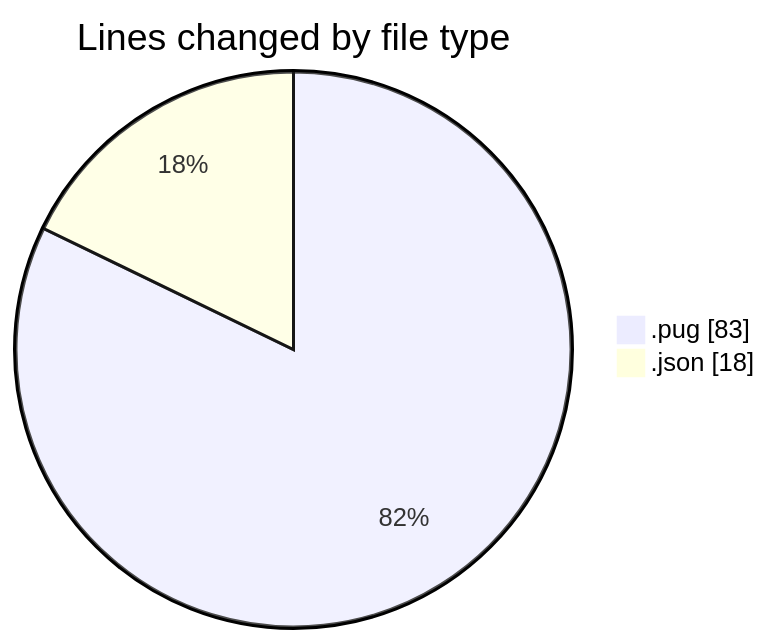
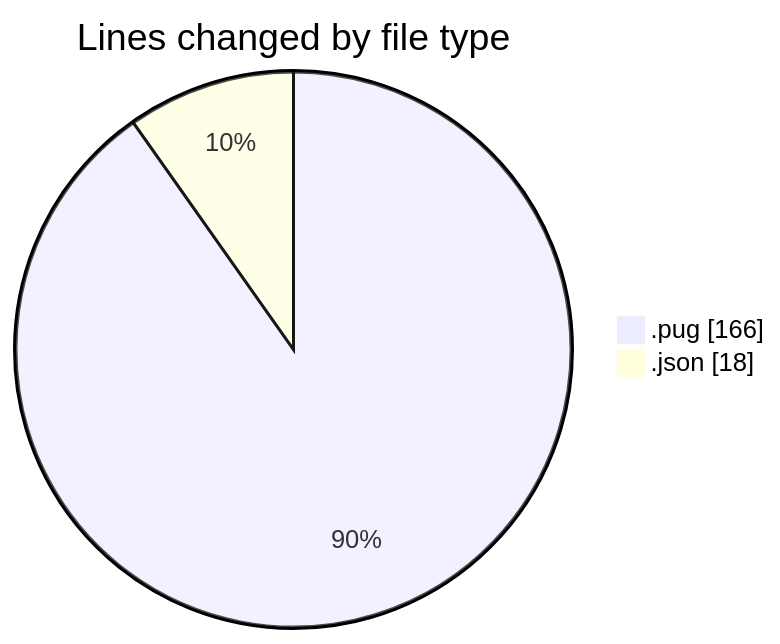
One commit to momahboobian/code-tracking changed the first of 2 diagrams in 2025-11-03/cda/README.md. Above: the diagram before and after it, drawn with Mermaid. The commit also changed other lines of this file and 1 other file, not shown here.

````diff
--- a/2025-11-03/cda/README.md
+++ b/2025-11-03/cda/README.md
@@ -21,6 +21,6 @@
 ```mermaid
 pie showData
 title Lines changed by file type
-".pug" : 83
+".pug" : 166
 ".json" : 18
 ```
````
